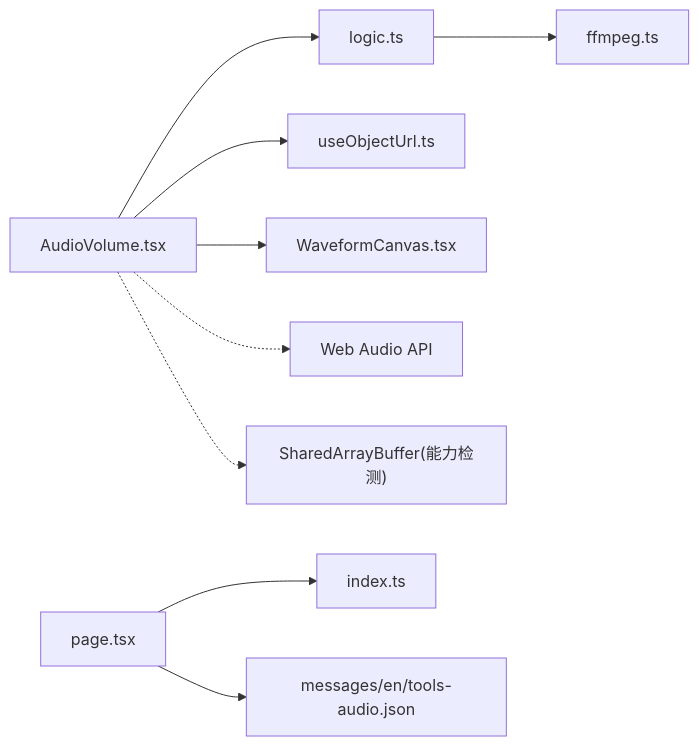
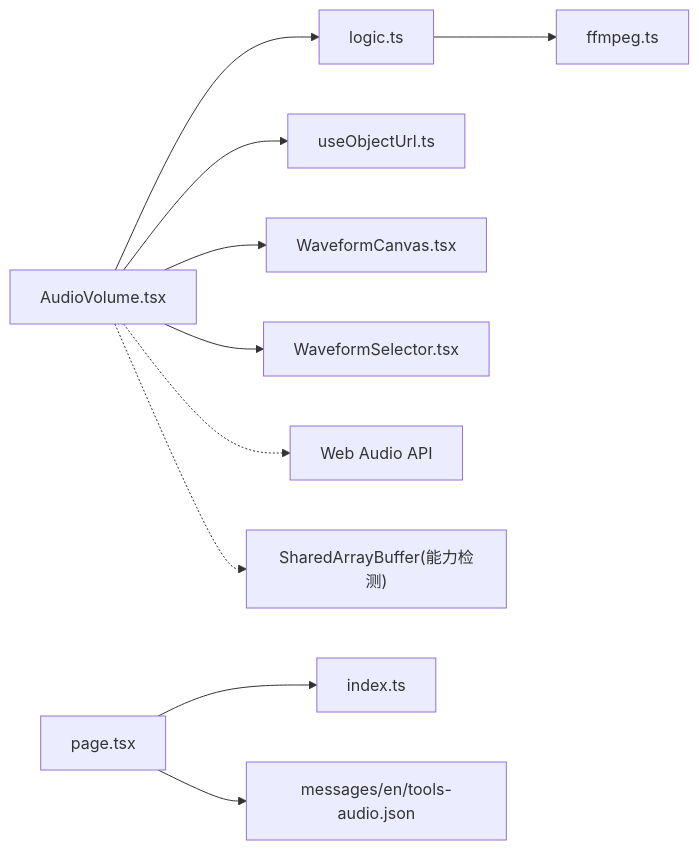
The eighth of 8 diagrams in .qoder/repowiki/zh/content/音频工具/音量调节.md (sgyy/privadeck), drawn with Mermaid before and after one commit. The commit also changed other lines of this file and 4 other files, not shown here.

````diff
--- a/.qoder/repowiki/zh/content/音频工具/音量调节.md
+++ b/.qoder/repowiki/zh/content/音频工具/音量调节.md
@@ -329,11 +372,12 @@
 ```mermaid
 graph LR
 UI["AudioVolume.tsx"] --> LOGIC["logic.ts"]
 UI --> OBJ["useObjectUrl.ts"]
 UI --> WAVE["WaveformCanvas.tsx"]
+UI --> WAVESEL["WaveformSelector.tsx"]
 LOGIC --> FF["ffmpeg.ts"]
 PAGE["page.tsx"] --> REG["index.ts"]
 PAGE --> I18N["messages/en/tools-audio.json"]
 UI -.-> WEB["Web Audio API"]
 UI -.-> SAB["SharedArrayBuffer(能力检测)"]
 ```
````
